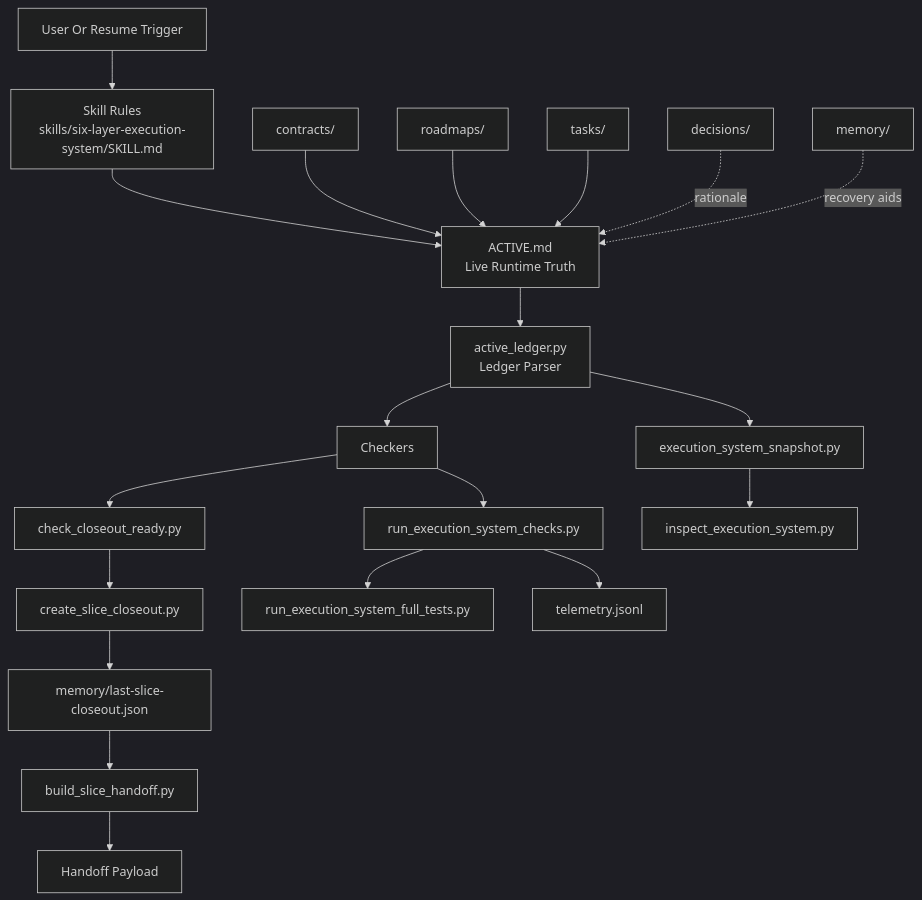
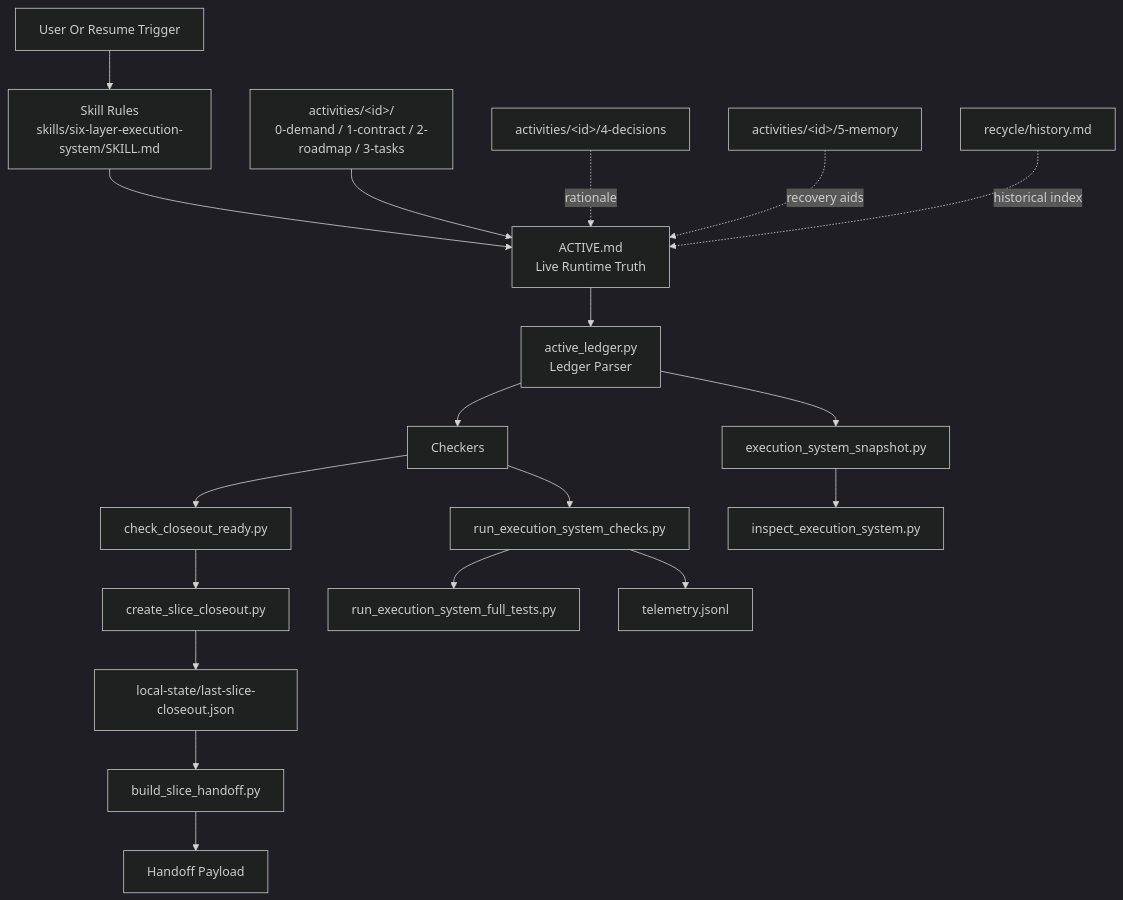
One commit to sperictao/six-layer-execution-system changed the diagram in plugins/six-layer-execution-system/docs/code-wiki/architecture.md. Above: the diagram before and after it, drawn with Mermaid (dark theme). The commit also changed other lines of this file and 116 other files, not shown here.

First line of the commit message:
refactor: archive legacy activities and add activity recycle workflow

````diff
--- a/plugins/six-layer-execution-system/docs/code-wiki/architecture.md
+++ b/plugins/six-layer-execution-system/docs/code-wiki/architecture.md
@@ -45,26 +45,25 @@
 ```mermaid
 flowchart TD
     U["User Or Resume Trigger"] --> S["Skill Rules<br/>skills/six-layer-execution-system/SKILL.md"]
     S --> A["ACTIVE.md<br/>Live Runtime Truth"]
 
-    C["contracts/"] --> A
-    R["roadmaps/"] --> A
-    T["tasks/"] --> A
-    D["decisions/"] -. rationale .-> A
-    M["memory/"] -. recovery aids .-> A
+    ACT["activities/&lt;id&gt;/<br/>0-demand / 1-contract / 2-roadmap / 3-tasks"] --> A
+    D["activities/&lt;id&gt;/4-decisions"] -. rationale .-> A
+    M["activities/&lt;id&gt;/5-memory"] -. recovery aids .-> A
+    REC["recycle/history.md"] -. historical index .-> A
 
     A --> P["active_ledger.py<br/>Ledger Parser"]
     P --> V["Checkers"]
     V --> CR["check_closeout_ready.py"]
     CR --> CC["create_slice_closeout.py"]
-    CC --> LSC["memory/last-slice-closeout.json"]
+    CC --> LSC["local-state/last-slice-closeout.json"]
     LSC --> BH["build_slice_handoff.py"]
     BH --> O["Handoff Payload"]
 
     P --> I["execution_system_snapshot.py"]
     I --> INS["inspect_execution_system.py"]
 
     V --> RUN["run_execution_system_checks.py"]
     RUN --> FT["run_execution_system_full_tests.py"]
     RUN --> TEL["telemetry.jsonl"]
 ```
````
